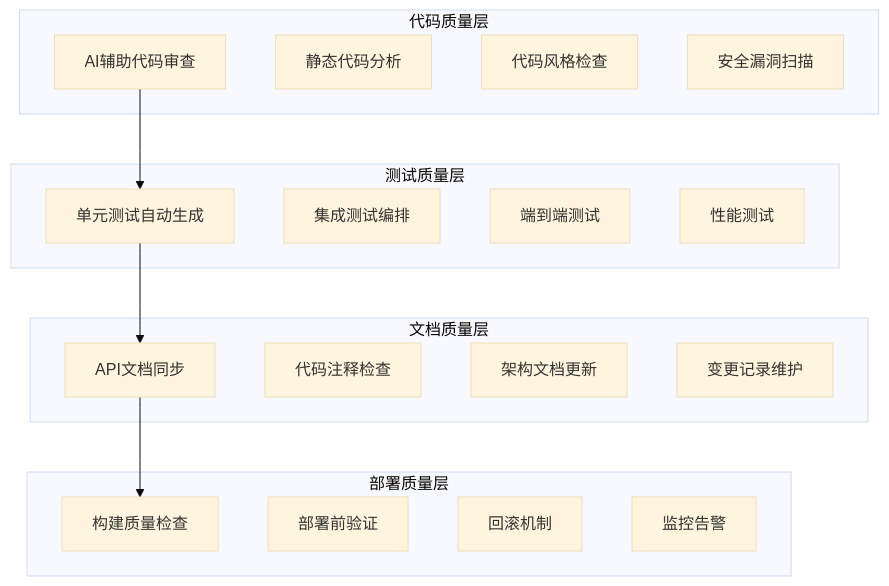
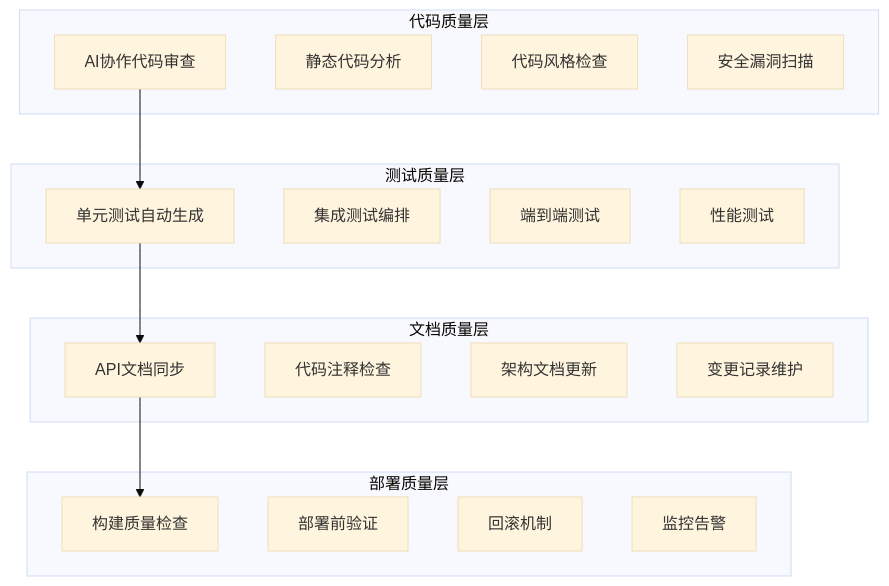
The diagram in part3/chapter7.md (imleoo/claude-code-in-teams), drawn with Mermaid (base theme) before and after one commit. The commit also changed other lines of this file and 60 other files, not shown here.

````diff
--- a/part3/chapter7.md
+++ b/part3/chapter7.md
@@ -11,34 +11,34 @@
 ```mermaid
 graph TB
     subgraph "代码质量层"
-        A1[AI辅助代码审查]
+        A1[AI协作代码审查]
         A2[静态代码分析]
         A3[代码风格检查]
         A4[安全漏洞扫描]
     end
     
     subgraph "测试质量层"
         B1[单元测试自动生成]
         B2[集成测试编排]
         B3[端到端测试]
         B4[性能测试]
     end
     
     subgraph "文档质量层"
         C1[API文档同步]
         C2[代码注释检查]
         C3[架构文档更新]
         C4[变更记录维护]
     end
     
     subgraph "部署质量层"
         D1[构建质量检查]
         D2[部署前验证]
         D3[回滚机制]
         D4[监控告警]
     end
     
     A1 --> B1
     B1 --> C1
     C1 --> D1
 ```
````
